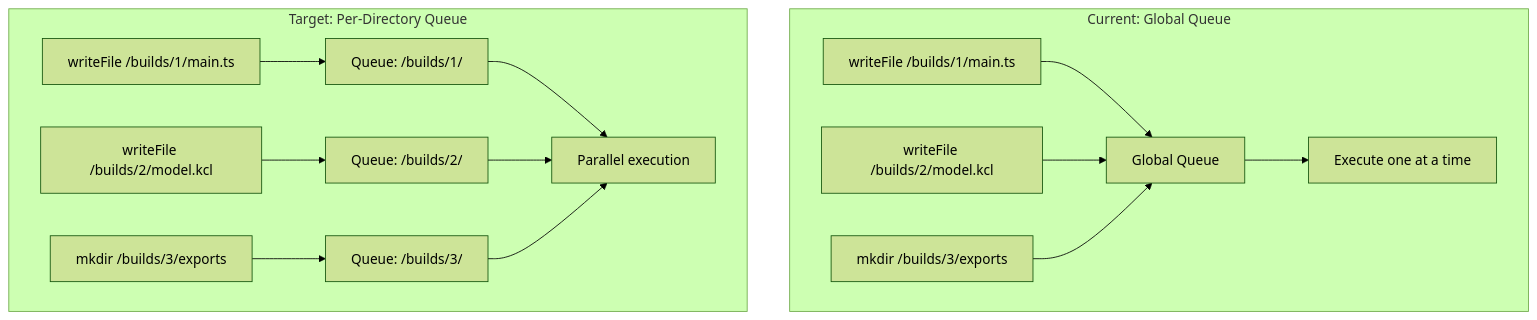
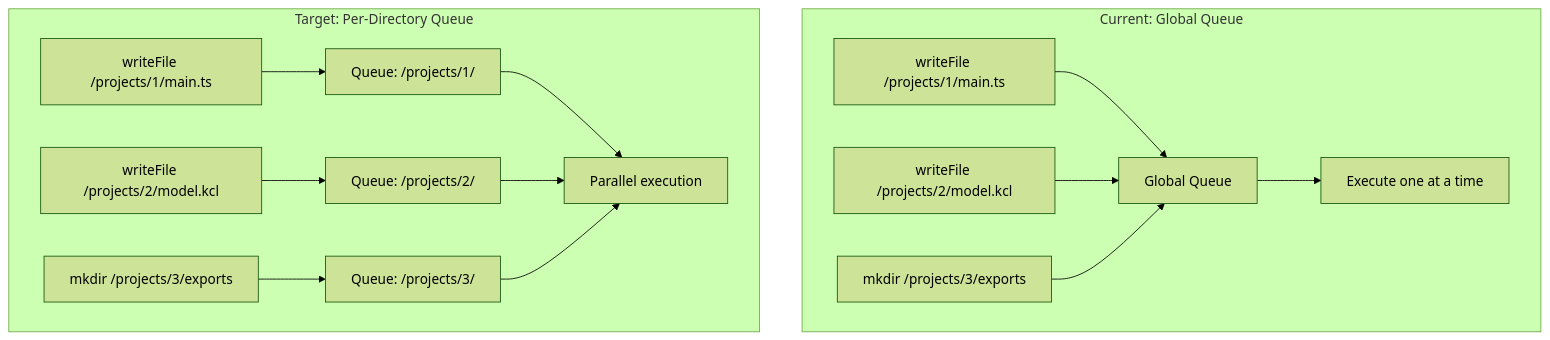
One commit to xupeiwust/tau changed diagram 11 of 14 in docs/research/filesystem-architecture.md. Above: the diagram before and after it, drawn with Mermaid (forest theme). The commit also changed other lines of this file and 305 other files, not shown here.

Commit message:
chore(root): rename builds to projects

````diff
--- a/docs/research/filesystem-architecture.md
+++ b/docs/research/filesystem-architecture.md
@@ -462,18 +462,18 @@
 ```mermaid
 flowchart TB
     subgraph current ["Current: Global Queue"]
-        W1["writeFile /builds/1/main.ts"] --> Q["Global Queue"]
-        W2["writeFile /builds/2/model.kcl"] --> Q
-        W3["mkdir /builds/3/exports"] --> Q
+        W1["writeFile /projects/1/main.ts"] --> Q["Global Queue"]
+        W2["writeFile /projects/2/model.kcl"] --> Q
+        W3["mkdir /projects/3/exports"] --> Q
         Q --> Exec["Execute one at a time"]
     end
 
     subgraph target ["Target: Per-Directory Queue"]
-        W4["writeFile /builds/1/main.ts"] --> Q1["Queue: /builds/1/"]
-        W5["writeFile /builds/2/model.kcl"] --> Q2["Queue: /builds/2/"]
-        W6["mkdir /builds/3/exports"] --> Q3["Queue: /builds/3/"]
+        W4["writeFile /projects/1/main.ts"] --> Q1["Queue: /projects/1/"]
+        W5["writeFile /projects/2/model.kcl"] --> Q2["Queue: /projects/2/"]
+        W6["mkdir /projects/3/exports"] --> Q3["Queue: /projects/3/"]
         Q1 --> P["Parallel execution"]
         Q2 --> P
         Q3 --> P
     end
 ```
````
